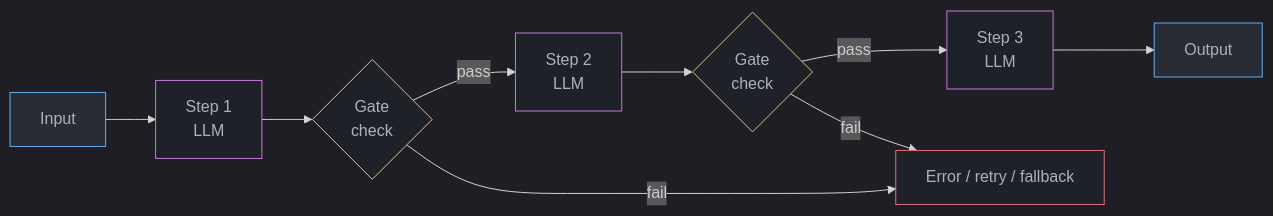
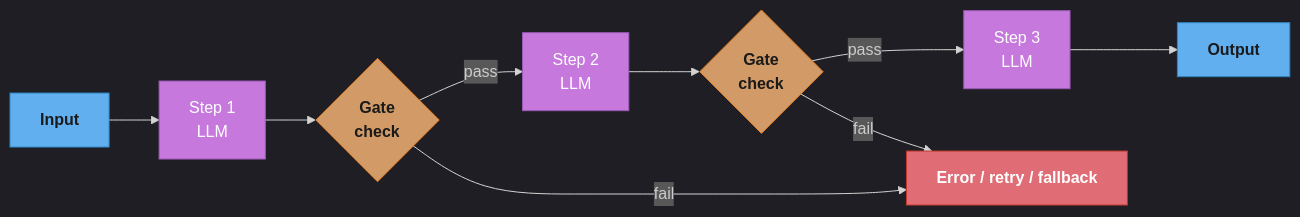
Before and after one commit to rppol/system-design: the first of 7 diagrams in src/main/java/com/rutik/systemdesign/llm/agentic_workflow_patterns/README.md, drawn with Mermaid. The commit also changed other lines of this file and 88 other files, not shown here.

````diff
--- a/src/main/java/com/rutik/systemdesign/llm/agentic_workflow_patterns/README.md
+++ b/src/main/java/com/rutik/systemdesign/llm/agentic_workflow_patterns/README.md
@@ -406,28 +406,31 @@
 ```mermaid
 %%{init: {'flowchart': {'curve': 'basis'}, 'theme': 'dark'}}%%
 flowchart LR
-    classDef io     fill:#282c34,stroke:#61afef,color:#abb2bf
-    classDef llm    fill:#1e2127,stroke:#c678dd,color:#abb2bf
-    classDef decide fill:#1e2127,stroke:#e5c07b,color:#abb2bf
-    classDef warn   fill:#1e2127,stroke:#e06c75,color:#abb2bf
+    classDef io      fill:#61afef,stroke:#2e86c1,color:#1a1a1a,font-weight:bold
+    classDef frozen  fill:#c678dd,stroke:#9b59b6,color:#fff
+    classDef train   fill:#98c379,stroke:#27ae60,color:#1a1a1a
+    classDef mathOp  fill:#d19a66,stroke:#e67e22,color:#1a1a1a,font-weight:bold
+    classDef lossN   fill:#e06c75,stroke:#c0392b,color:#fff,font-weight:bold
+    classDef req     fill:#56b6c2,stroke:#0097a7,color:#1a1a1a
+    classDef base    fill:#e5c07b,stroke:#f39c12,color:#1a1a1a
 
     IN["Input"]
     S1["Step 1\nLLM"]
     G1{"Gate\ncheck"}
     S2["Step 2\nLLM"]
     G2{"Gate\ncheck"}
     S3["Step 3\nLLM"]
     OUT["Output"]
     ERR["Error / retry / fallback"]
 
     IN --> S1 --> G1
     G1 -->|"pass"| S2 --> G2
     G2 -->|"pass"| S3 --> OUT
     G1 -->|"fail"| ERR
     G2 -->|"fail"| ERR
 
     class IN,OUT io
-    class S1,S2,S3 llm
-    class G1,G2 decide
-    class ERR warn
+    class S1,S2,S3 frozen
+    class G1,G2 mathOp
+    class ERR lossN
 ```
````
